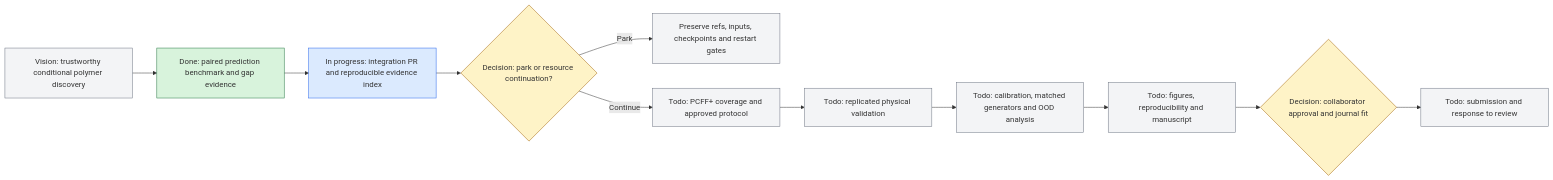
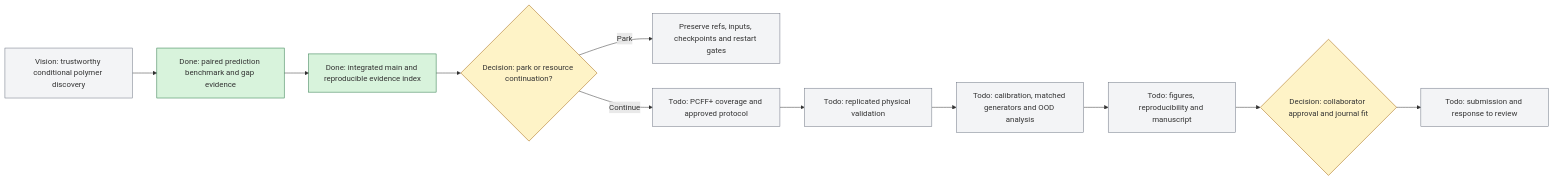
Before and after one commit to yicao-tri/PolyGen-reproduction: the diagram in docs/handoff/ROADMAP.md, drawn with Mermaid. The commit also changed other lines of this file and 8 other files, not shown here.

````diff
--- a/docs/handoff/ROADMAP.md
+++ b/docs/handoff/ROADMAP.md
@@ -5,21 +5,21 @@
 ```mermaid
 flowchart LR
  V[Vision: trustworthy conditional polymer discovery] --> E[Done: paired prediction benchmark and gap evidence]
- E --> C[In progress: integration PR and reproducible evidence index]
+ E --> C[Done: integrated main and reproducible evidence index]
  C --> D{Decision: park or resource continuation?}
  D -->|Park| P[Preserve refs, inputs, checkpoints and restart gates]
  D -->|Continue| F[Todo: PCFF+ coverage and approved protocol]
  F --> M[Todo: replicated physical validation]
  M --> A[Todo: calibration, matched generators and OOD analysis]
  A --> W[Todo: figures, reproducibility and manuscript]
  W --> R{Decision: collaborator approval and journal fit}
  R --> S[Todo: submission and response to review]
  classDef done fill:#d8f3dc,stroke:#237441
  classDef progress fill:#dbeafe,stroke:#2563eb
  classDef decision fill:#fef3c7,stroke:#a16207
  classDef todo fill:#f3f4f6,stroke:#6b7280
  class E done
- class C progress
+ class C done
  class D,R decision
  class V,P,F,M,A,W,S todo
 ```
````
